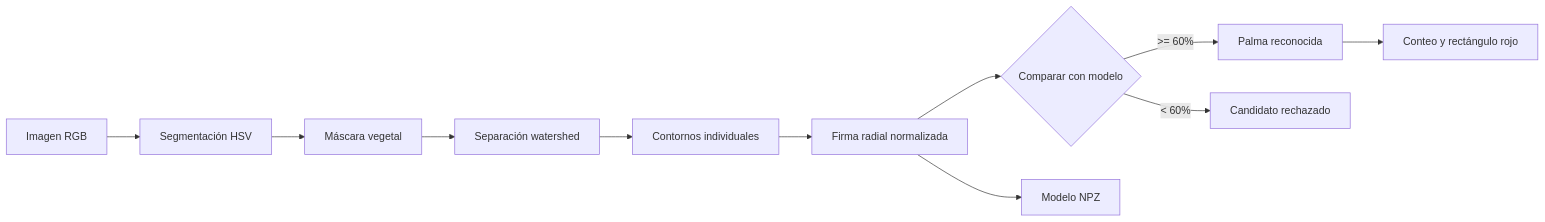
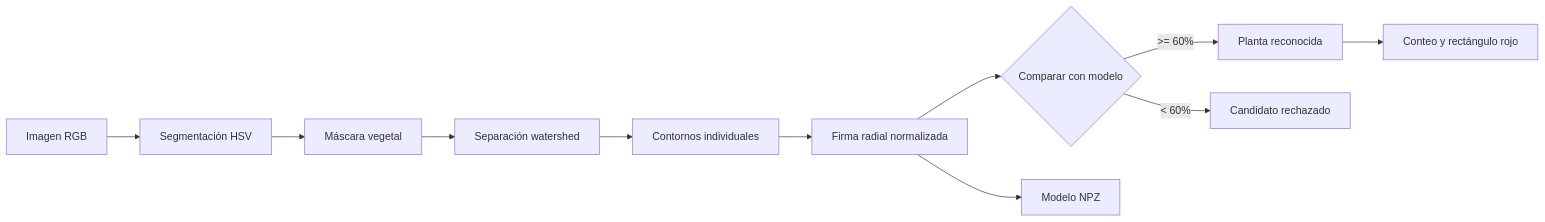
One commit to asoto59g/CropCount changed the first of 2 diagrams in README.md. Above: the diagram before and after it, drawn with Mermaid. The commit also changed other lines of this file and 3 other files, not shown here.

````diff
--- a/README.md
+++ b/README.md
@@ -56,13 +52,13 @@
 ```mermaid
 flowchart LR
 	A[Imagen RGB] --> B[Segmentación HSV]
 	B --> C[Máscara vegetal]
 	C --> D[Separación watershed]
 	D --> E[Contornos individuales]
 	E --> F[Firma radial normalizada]
 	F --> G{Comparar con modelo}
-	G -->|>= 60%| H[Palma reconocida]
+	G -->|>= 60%| H[Planta reconocida]
 	G -->|< 60%| I[Candidato rechazado]
 	H --> J[Conteo y rectángulo rojo]
 	F --> K[Modelo NPZ]
 ```
````
